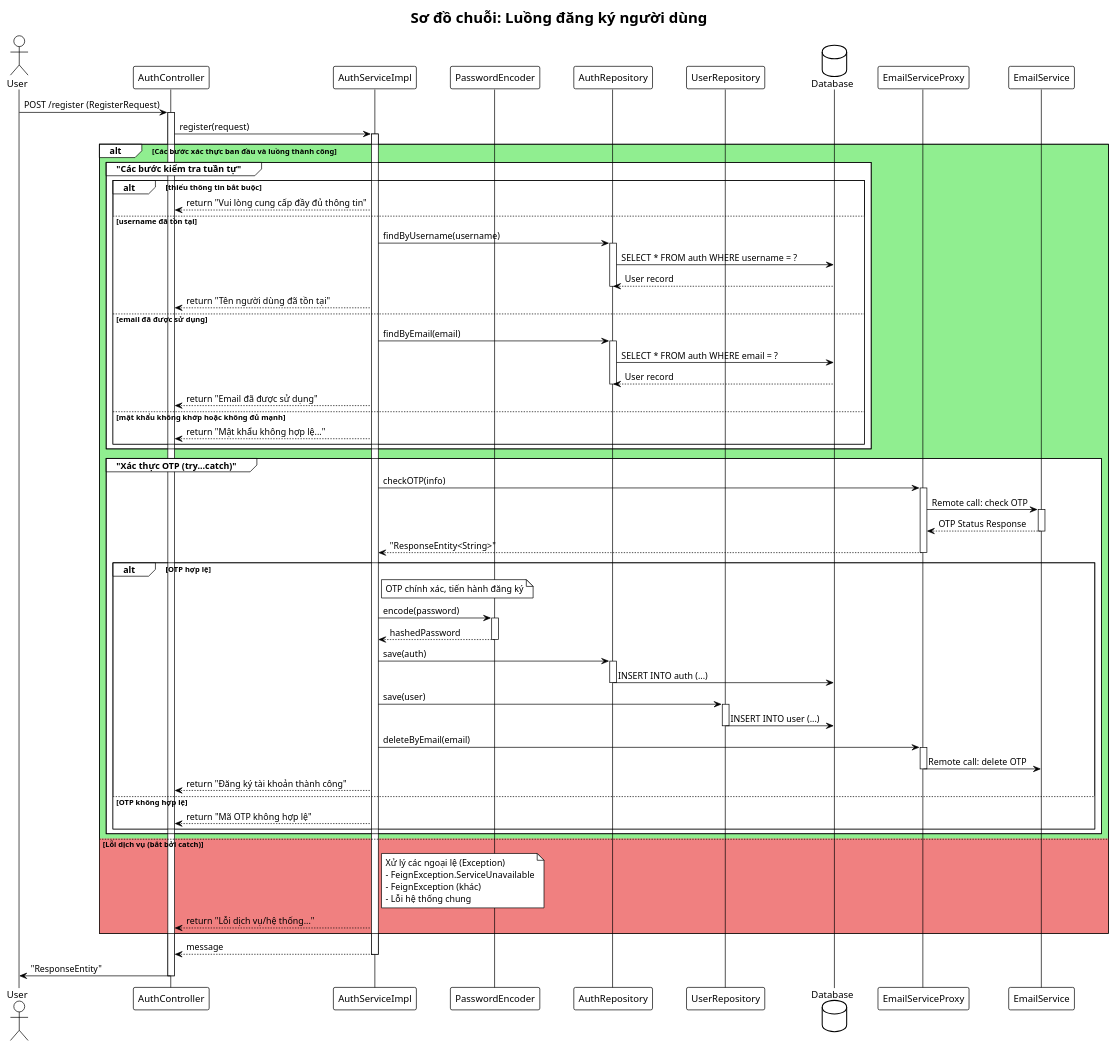
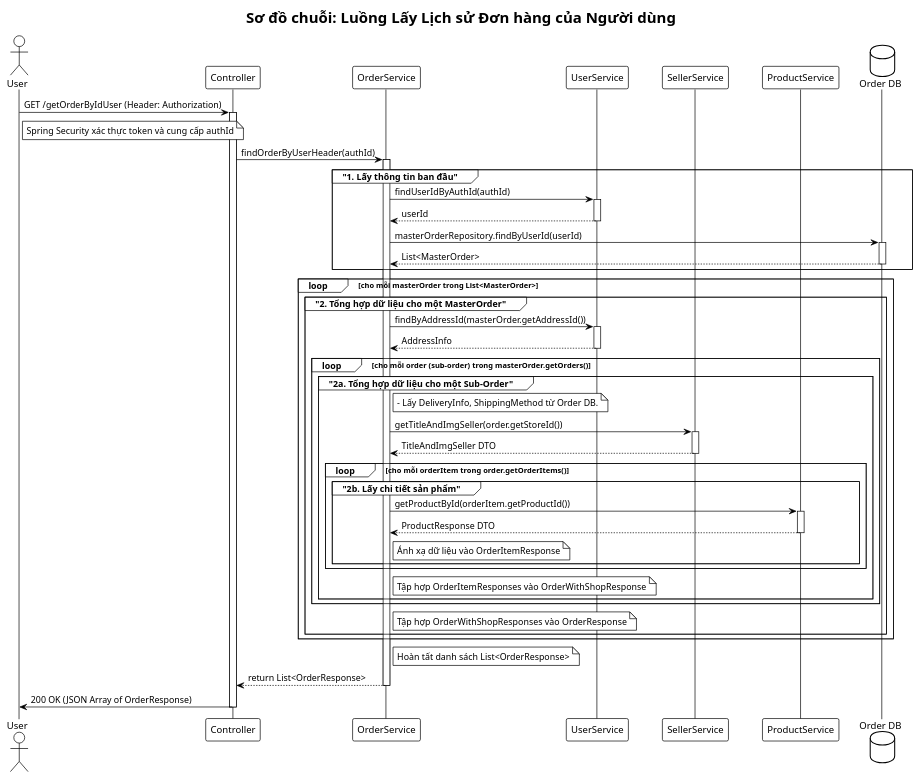
One commit to binhandsome/kltn_vu_truong changed the diagram in kltn-be/AuthPuml.puml. Above: the diagram before and after it, drawn with PlantUML. The commit also changed 10 other files, not shown here.

```diff
--- a/kltn-be/AuthPuml.puml
+++ b/kltn-be/AuthPuml.puml
@@ -1,101 +1,77 @@
 @startuml
 !theme plain
-title Sơ đồ chuỗi: Luồng đăng ký người dùng
+title Sơ đồ chuỗi: Luồng Lấy Lịch sử Đơn hàng của Người dùng
 
 actor "User" as Client
-participant "AuthController" as Controller
-participant "AuthServiceImpl" as Service
-participant "PasswordEncoder" as Encoder
-participant "AuthRepository" as AuthRepo
-participant "UserRepository" as UserRepo
-database "Database" as DB
-participant "EmailServiceProxy" as EmailProxy
-participant "EmailService" as EmailSvc
+participant "Controller" as Ctrl
+participant "OrderService" as OrderSvc
+participant "UserService" as UserSvc
+participant "SellerService" as SellerSvc
+participant "ProductService" as ProductSvc
+database "Order DB" as OrderDB
 
 skinparam ParticipantPadding 20
 skinparam BoxPadding 10
 
-Client -> Controller: POST /register (RegisterRequest)
-activate Controller
+Client -> Ctrl: GET /getOrderByIdUser (Header: Authorization)
+note right of Client: Spring Security xác thực token và cung cấp authId
+activate Ctrl
 
-Controller -> Service: register(request)
-activate Service
+Ctrl -> OrderSvc: findOrderByUserHeader(authId)
+activate OrderSvc
 
-alt #LightGreen Các bước xác thực ban đầu và luồng thành công
-    group "Các bước kiểm tra tuần tự"
-        alt thiếu thông tin bắt buộc
-            Service --> Controller: return "Vui lòng cung cấp đầy đủ thông tin"
-        else username đã tồn tại
-            Service -> AuthRepo: findByUsername(username)
-            activate AuthRepo
-            AuthRepo -> DB: SELECT * FROM auth WHERE username = ?
-            DB --> AuthRepo: User record
-            deactivate AuthRepo
-            Service --> Controller: return "Tên người dùng đã tồn tại"
-        else email đã được sử dụng
-            Service -> AuthRepo: findByEmail(email)
-            activate AuthRepo
-            AuthRepo -> DB: SELECT * FROM auth WHERE email = ?
-            DB --> AuthRepo: User record
-            deactivate AuthRepo
-            Service --> Controller: return "Email đã được sử dụng"
-        else mật khẩu không khớp hoặc không đủ mạnh
-            Service --> Controller: return "Mật khẩu không hợp lệ..."
-        end
-    end
+group "1. Lấy thông tin ban đầu"
+    OrderSvc -> UserSvc: findUserIdByAuthId(authId)
+    activate UserSvc
+    UserSvc --> OrderSvc: userId
+    deactivate UserSvc
 
-    group "Xác thực OTP (try...catch)"
-        Service -> EmailProxy: checkOTP(info)
-        activate EmailProxy
-        EmailProxy -> EmailSvc: Remote call: check OTP
-        activate EmailSvc
-        EmailSvc --> EmailProxy: OTP Status Response
-        deactivate EmailSvc
-        EmailProxy --> Service: "ResponseEntity<String>"
-        deactivate EmailProxy
-
-        alt OTP hợp lệ
-            note right of Service: OTP chính xác, tiến hành đăng ký
-
-            Service -> Encoder: encode(password)
-            activate Encoder
-            Encoder --> Service: hashedPassword
-            deactivate Encoder
-
-            Service -> AuthRepo: save(auth)
-            activate AuthRepo
-            AuthRepo -> DB: INSERT INTO auth (...)
-            deactivate AuthRepo
-
-            Service -> UserRepo: save(user)
-            activate UserRepo
-            UserRepo -> DB: INSERT INTO user (...)
-            deactivate UserRepo
-
-            Service -> EmailProxy: deleteByEmail(email)
-            activate EmailProxy
-            EmailProxy -> EmailSvc: Remote call: delete OTP
-            deactivate EmailProxy
-
-            Service --> Controller: return "Đăng ký tài khoản thành công"
-
-        else OTP không hợp lệ
-             Service --> Controller: return "Mã OTP không hợp lệ"
-        end
-    end
-else #LightCoral Lỗi dịch vụ (bắt bởi catch)
-    note right of Service
-        Xử lý các ngoại lệ (Exception)
-        - FeignException.ServiceUnavailable
-        - FeignException (khác)
-        - Lỗi hệ thống chung
-    end note
-    Service --> Controller: return "Lỗi dịch vụ/hệ thống..."
+    OrderSvc -> OrderDB: masterOrderRepository.findByUserId(userId)
+    activate OrderDB
+    OrderDB --> OrderSvc: List<MasterOrder>
+    deactivate OrderDB
 end
 
-Service --> Controller: message
-deactivate Service
-Controller -> Client: "ResponseEntity"
-deactivate Controller
+
+loop cho mỗi masterOrder trong List<MasterOrder>
+    group "2. Tổng hợp dữ liệu cho một MasterOrder"
+        OrderSvc -> UserSvc: findByAddressId(masterOrder.getAddressId())
+        activate UserSvc
+        UserSvc --> OrderSvc: AddressInfo
+        deactivate UserSvc
+
+        loop cho mỗi order (sub-order) trong masterOrder.getOrders()
+            group "2a. Tổng hợp dữ liệu cho một Sub-Order"
+                note right of OrderSvc
+                    - Lấy DeliveryInfo, ShippingMethod từ Order DB.
+                end note
+
+                OrderSvc -> SellerSvc: getTitleAndImgSeller(order.getStoreId())
+                activate SellerSvc
+                SellerSvc --> OrderSvc: TitleAndImgSeller DTO
+                deactivate SellerSvc
+
+                loop cho mỗi orderItem trong order.getOrderItems()
+                    group "2b. Lấy chi tiết sản phẩm"
+                        OrderSvc -> ProductSvc: getProductById(orderItem.getProductId())
+                        activate ProductSvc
+                        ProductSvc --> OrderSvc: ProductResponse DTO
+                        deactivate ProductSvc
+                        note right of OrderSvc: Ánh xạ dữ liệu vào OrderItemResponse
+                    end
+                end
+                 note right of OrderSvc: Tập hợp OrderItemResponses vào OrderWithShopResponse
+            end
+        end
+        note right of OrderSvc: Tập hợp OrderWithShopResponses vào OrderResponse
+    end
+end
+
+note right of OrderSvc: Hoàn tất danh sách List<OrderResponse>
+OrderSvc --> Ctrl: return List<OrderResponse>
+deactivate OrderSvc
+
+Ctrl -> Client: 200 OK (JSON Array of OrderResponse)
+deactivate Ctrl
 
 @enduml
```
